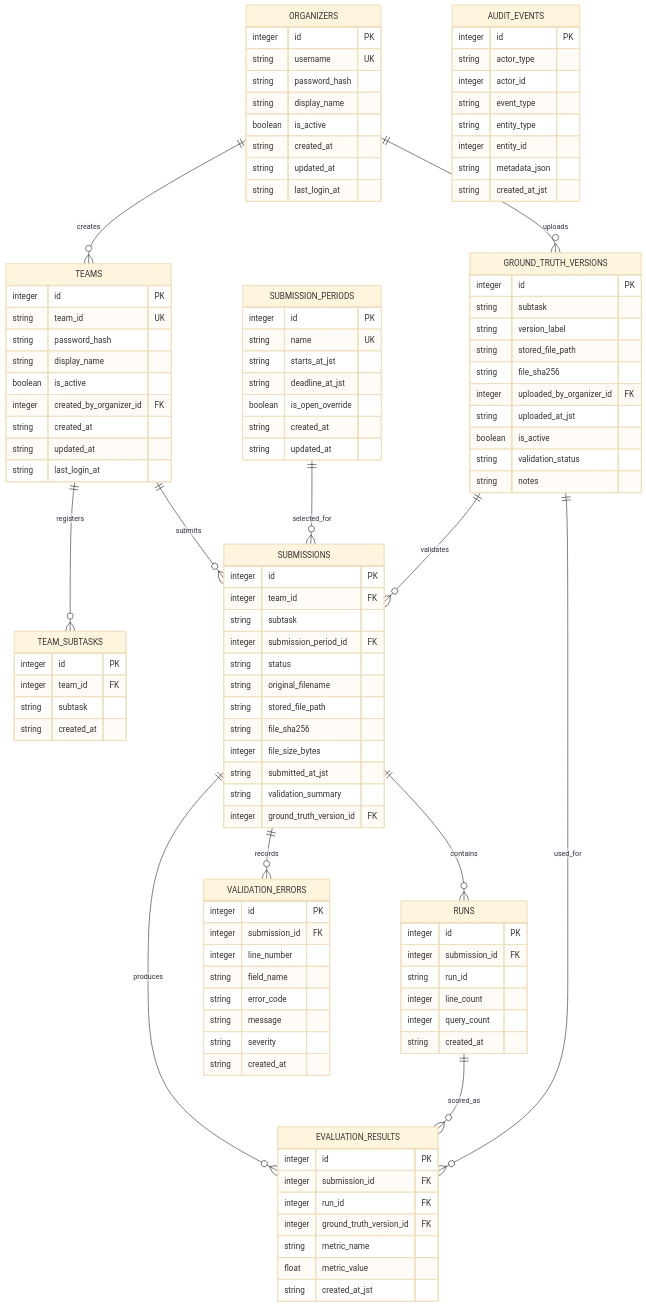
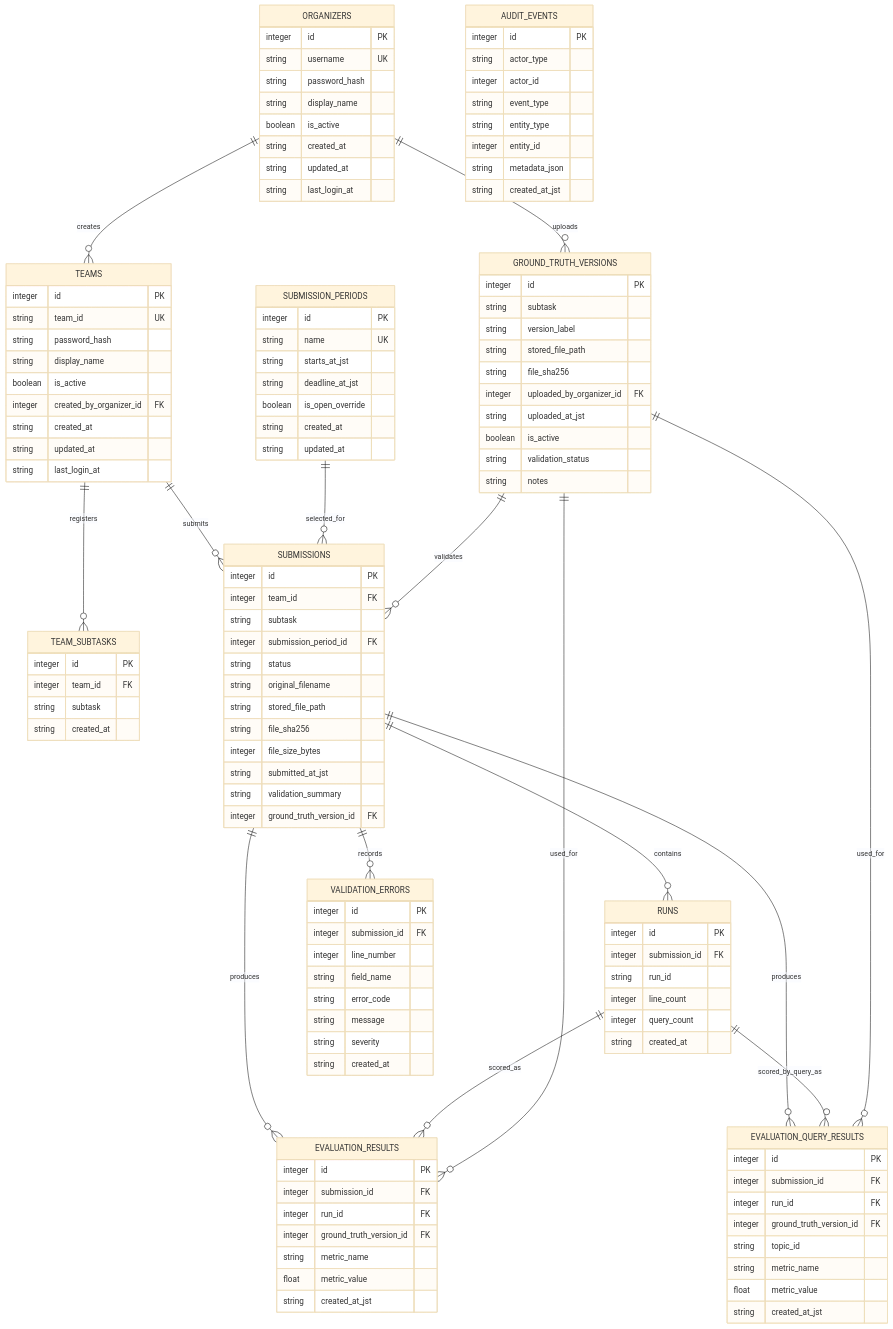
One commit to modelretrieval-1/modelretrieval-1-submission-site changed the diagram in docs/technical/data-model.md. Above: the diagram before and after it, drawn with Mermaid (base theme). The commit also changed other lines of this file and 10 other files, not shown here.

```diff
--- a/docs/technical/data-model.md
+++ b/docs/technical/data-model.md
@@ -41,8 +44,11 @@
   SUBMISSIONS ||--o{ RUNS : contains
   SUBMISSIONS ||--o{ VALIDATION_ERRORS : records
   SUBMISSIONS ||--o{ EVALUATION_RESULTS : produces
+  SUBMISSIONS ||--o{ EVALUATION_QUERY_RESULTS : produces
   RUNS ||--o{ EVALUATION_RESULTS : scored_as
+  RUNS ||--o{ EVALUATION_QUERY_RESULTS : scored_by_query_as
   GROUND_TRUTH_VERSIONS ||--o{ EVALUATION_RESULTS : used_for
+  GROUND_TRUTH_VERSIONS ||--o{ EVALUATION_QUERY_RESULTS : used_for
 
   ORGANIZERS {
     integer id PK
@@ -142,6 +148,17 @@
     string created_at_jst
   }
 
+  EVALUATION_QUERY_RESULTS {
+    integer id PK
+    integer submission_id FK
+    integer run_id FK
+    integer ground_truth_version_id FK
+    string topic_id
+    string metric_name
+    float metric_value
+    string created_at_jst
+  }
+
   AUDIT_EVENTS {
     integer id PK
     string actor_type
```
